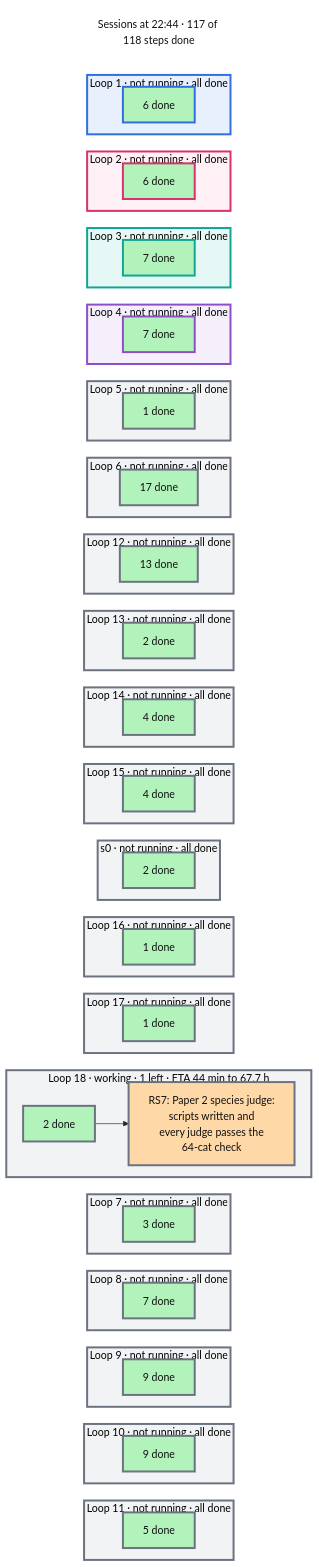
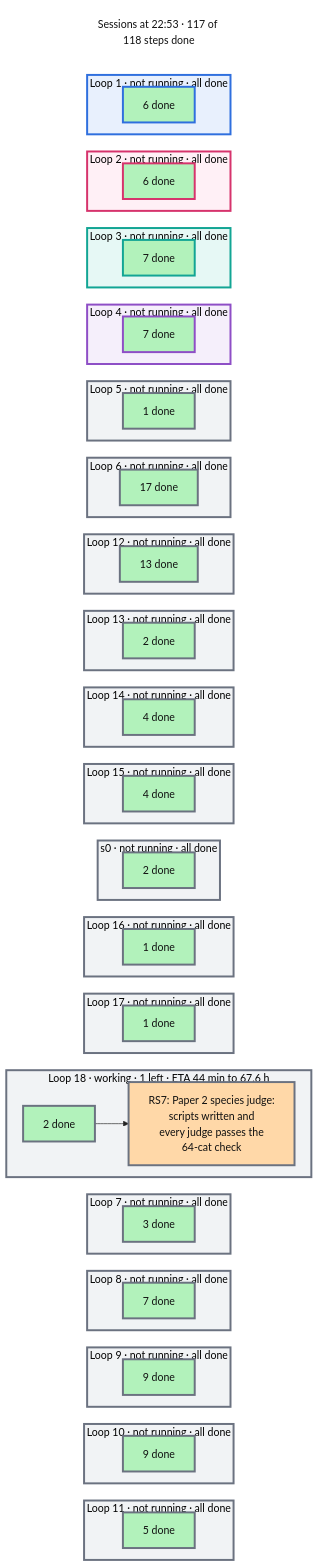
One commit to mo-rsa24/concept-composition changed the diagram in artifacts/notes/progress/sessions.mmd. Above: the diagram before and after it, drawn with Mermaid. The commit also changed 9 other files, not shown here.

```diff
--- a/artifacts/notes/progress/sessions.mmd
+++ b/artifacts/notes/progress/sessions.mmd
@@ -1,124 +1,124 @@
 %%{init: {'theme': 'base', 'themeVariables': {'fontFamily': 'monospace', 'primaryColor': '#ffffff', 'primaryBorderColor': '#222222', 'primaryTextColor': '#111111', 'lineColor': '#222222'}, 'flowchart': {'nodeSpacing': 16, 'rankSpacing': 26}}}%%
 flowchart TB
   classDef done fill:#b2f2bb,color:#111111
   classDef doing fill:#ffd8a8,color:#111111
   classDef todo fill:#e9ecef,color:#111111
   classDef note fill:#ffffff,stroke:#c92a2a,stroke-dasharray:5 5,color:#c92a2a
-  now["Sessions at 22:44 · 117 of 118 steps done"]
+  now["Sessions at 22:53 · 117 of 118 steps done"]
   style now fill:#ffffff,stroke:#ffffff,color:#111111
   subgraph L0["Loop 1 · not running · all done"]
     direction LR
     d0["6 done"]:::done
   end
   subgraph L1["Loop 2 · not running · all done"]
     direction LR
     d1["6 done"]:::done
   end
   subgraph L2["Loop 3 · not running · all done"]
     direction LR
     d2["7 done"]:::done
   end
   subgraph L3["Loop 4 · not running · all done"]
     direction LR
     d3["7 done"]:::done
   end
   subgraph L4["Loop 5 · not running · all done"]
     direction LR
     d4["1 done"]:::done
   end
   subgraph L5["Loop 6 · not running · all done"]
     direction LR
     d5["17 done"]:::done
   end
   subgraph L6["Loop 12 · not running · all done"]
     direction LR
     d6["13 done"]:::done
   end
   subgraph L7["Loop 13 · not running · all done"]
     direction LR
     d7["2 done"]:::done
   end
   subgraph L8["Loop 14 · not running · all done"]
     direction LR
     d8["4 done"]:::done
   end
   subgraph L9["Loop 15 · not running · all done"]
     direction LR
     d9["4 done"]:::done
   end
   subgraph L10["s0 · not running · all done"]
     direction LR
     d10["2 done"]:::done
   end
   subgraph L11["Loop 16 · not running · all done"]
     direction LR
     d11["1 done"]:::done
   end
   subgraph L12["Loop 17 · not running · all done"]
     direction LR
     d12["1 done"]:::done
   end
-  subgraph L13["Loop 18 · working · 1 left · ETA 44 min to 67.7 h"]
+  subgraph L13["Loop 18 · working · 1 left · ETA 44 min to 67.6 h"]
     direction LR
     d13["2 done"]:::done --> n_RS7["RS7: Paper 2 species judge:<br/>scripts written and<br/>every judge passes the<br/>64-cat check"]:::doing
   end
   subgraph L14["Loop 7 · not running · all done"]
     direction LR
     d14["3 done"]:::done
   end
   subgraph L15["Loop 8 · not running · all done"]
     direction LR
     d15["7 done"]:::done
   end
   subgraph L16["Loop 9 · not running · all done"]
     direction LR
     d16["9 done"]:::done
   end
   subgraph L17["Loop 10 · not running · all done"]
     direction LR
     d17["9 done"]:::done
   end
   subgraph L18["Loop 11 · not running · all done"]
     direction LR
     d18["5 done"]:::done
   end
   now ~~~ L0 ~~~ L1 ~~~ L2 ~~~ L3 ~~~ L4 ~~~ L5 ~~~ L6 ~~~ L7 ~~~ L8 ~~~ L9 ~~~ L10 ~~~ L11 ~~~ L12 ~~~ L13 ~~~ L14 ~~~ L15 ~~~ L16 ~~~ L17 ~~~ L18
   style L0 fill:#e8f0fd,stroke:#2f6fde,stroke-width:3px
   style d0 stroke:#2f6fde,stroke-width:3px
   style L1 fill:#fff0f6,stroke:#d6336c,stroke-width:3px
   style d1 stroke:#d6336c,stroke-width:3px
   style L2 fill:#e6f8f5,stroke:#12a594,stroke-width:3px
   style d2 stroke:#12a594,stroke-width:3px
   style L3 fill:#f5effb,stroke:#8e4ec6,stroke-width:3px
   style d3 stroke:#8e4ec6,stroke-width:3px
   style L4 fill:#f1f3f5,stroke:#6b7280,stroke-width:3px
   style d4 stroke:#6b7280,stroke-width:3px
   style L5 fill:#f1f3f5,stroke:#6b7280,stroke-width:3px
   style d5 stroke:#6b7280,stroke-width:3px
   style L6 fill:#f1f3f5,stroke:#6b7280,stroke-width:3px
   style d6 stroke:#6b7280,stroke-width:3px
   style L7 fill:#f1f3f5,stroke:#6b7280,stroke-width:3px
   style d7 stroke:#6b7280,stroke-width:3px
   style L8 fill:#f1f3f5,stroke:#6b7280,stroke-width:3px
   style d8 stroke:#6b7280,stroke-width:3px
   style L9 fill:#f1f3f5,stroke:#6b7280,stroke-width:3px
   style d9 stroke:#6b7280,stroke-width:3px
   style L10 fill:#f1f3f5,stroke:#6b7280,stroke-width:3px
   style d10 stroke:#6b7280,stroke-width:3px
   style L11 fill:#f1f3f5,stroke:#6b7280,stroke-width:3px
   style d11 stroke:#6b7280,stroke-width:3px
   style L12 fill:#f1f3f5,stroke:#6b7280,stroke-width:3px
   style d12 stroke:#6b7280,stroke-width:3px
   style L13 fill:#f1f3f5,stroke:#6b7280,stroke-width:3px
   style d13 stroke:#6b7280,stroke-width:3px
   style n_RS7 stroke:#6b7280,stroke-width:3px
   style L14 fill:#f1f3f5,stroke:#6b7280,stroke-width:3px
   style d14 stroke:#6b7280,stroke-width:3px
   style L15 fill:#f1f3f5,stroke:#6b7280,stroke-width:3px
   style d15 stroke:#6b7280,stroke-width:3px
   style L16 fill:#f1f3f5,stroke:#6b7280,stroke-width:3px
   style d16 stroke:#6b7280,stroke-width:3px
   style L17 fill:#f1f3f5,stroke:#6b7280,stroke-width:3px
   style d17 stroke:#6b7280,stroke-width:3px
   style L18 fill:#f1f3f5,stroke:#6b7280,stroke-width:3px
   style d18 stroke:#6b7280,stroke-width:3px
```
